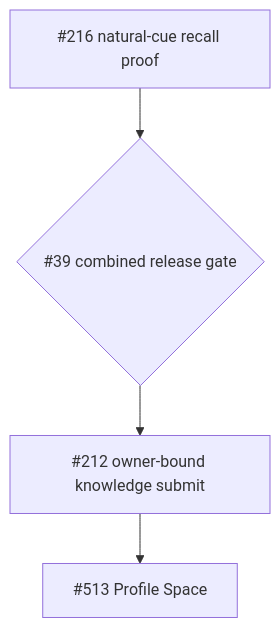
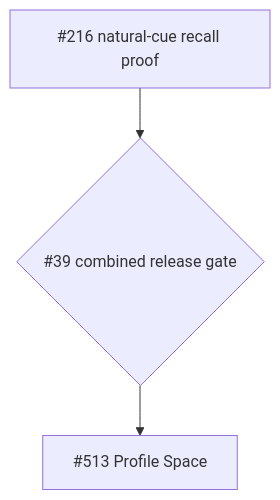
One commit to leon0399/llame changed the diagram in ROADMAP.md. Above: the diagram before and after it, drawn with Mermaid. The commit also changed other lines of this file and 36 other files, not shown here.

````diff
--- a/ROADMAP.md
+++ b/ROADMAP.md
@@ -87,10 +87,9 @@
 ```mermaid
 flowchart TD
     E0["#216 natural-cue recall proof"]
     Gate{"#39 combined release gate"}
-    K2["#212 owner-bound knowledge submit"]
     P0["#513 Profile Space"]
 
     E0 --> Gate
-    Gate --> K2 --> P0
+    Gate --> P0
 ```
````
